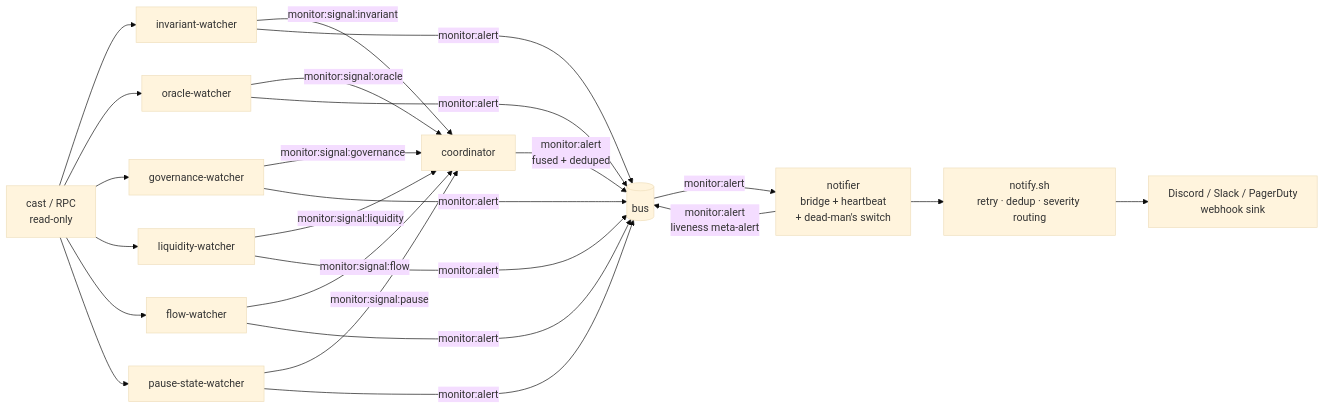
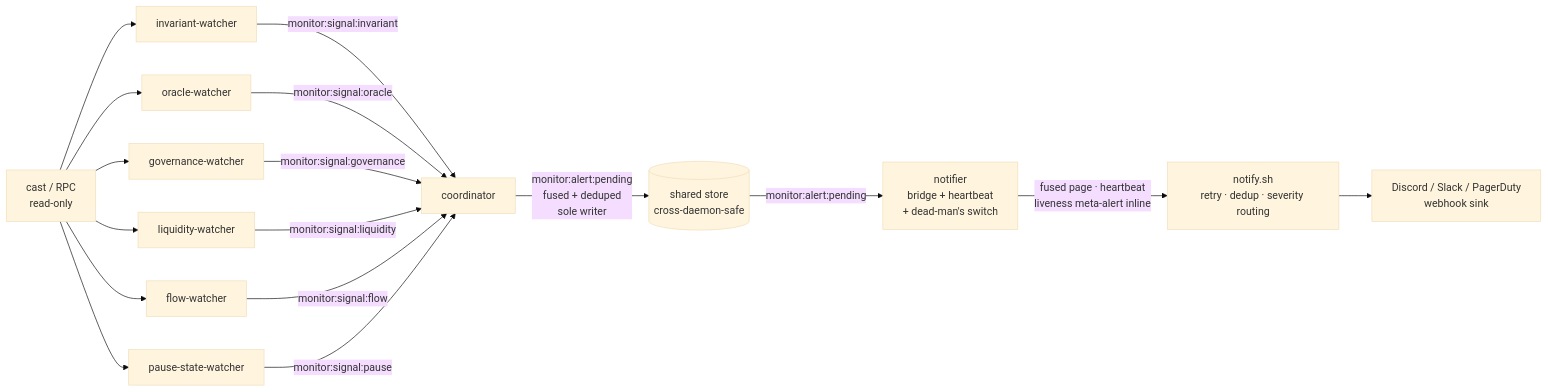
One commit to Replikanti/agentis-colonies changed the diagram in dark-factory/monitor/README.md. Above: the diagram before and after it, drawn with Mermaid (base theme). The commit also changed other lines of this file and 11 other files, not shown here.

````diff
--- a/dark-factory/monitor/README.md
+++ b/dark-factory/monitor/README.md
@@ -53,26 +69,19 @@
 ```mermaid
 flowchart LR
     C[cast / RPC<br/>read-only] --> IW[invariant-watcher]
     C --> OW[oracle-watcher]
     C --> GW[governance-watcher]
     C --> LW[liquidity-watcher]
     C --> FW[flow-watcher]
     C --> PW[pause-state-watcher]
     IW -->|monitor:signal:invariant| CO[coordinator]
     OW -->|monitor:signal:oracle| CO
     GW -->|monitor:signal:governance| CO
     LW -->|monitor:signal:liquidity| CO
     FW -->|monitor:signal:flow| CO
     PW -->|monitor:signal:pause| CO
-    IW -->|monitor:alert| BUS[(bus)]
-    OW -->|monitor:alert| BUS
-    GW -->|monitor:alert| BUS
-    LW -->|monitor:alert| BUS
-    FW -->|monitor:alert| BUS
-    PW -->|monitor:alert| BUS
-    CO -->|monitor:alert<br/>fused + deduped| BUS
-    BUS -->|monitor:alert| NF[notifier<br/>bridge + heartbeat<br/>+ dead-man's switch]
-    NF -->|monitor:alert<br/>liveness meta-alert| BUS
-    NF --> N[notify.sh<br/>retry · dedup · severity routing]
+    CO -->|monitor:alert:pending<br/>fused + deduped<br/>sole writer| STORE[(shared store<br/>cross-daemon-safe)]
+    STORE -->|monitor:alert:pending| NF[notifier<br/>bridge + heartbeat<br/>+ dead-man's switch]
+    NF -->|fused page · heartbeat<br/>liveness meta-alert inline| N[notify.sh<br/>retry · dedup · severity routing]
     N --> W[Discord / Slack / PagerDuty<br/>webhook sink]
 ```
````
